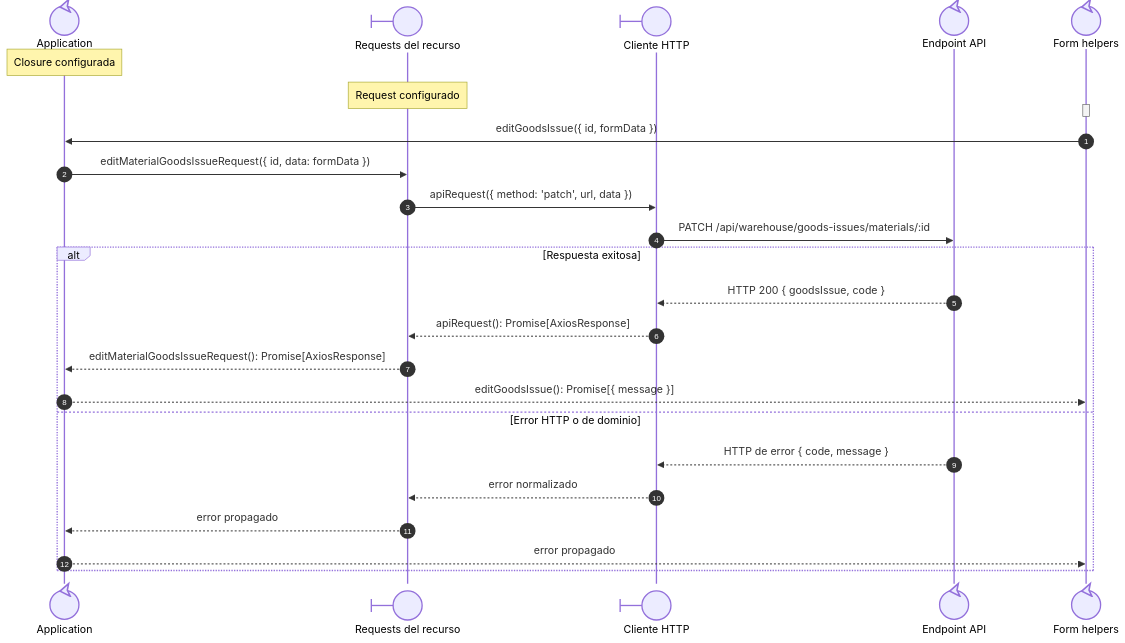
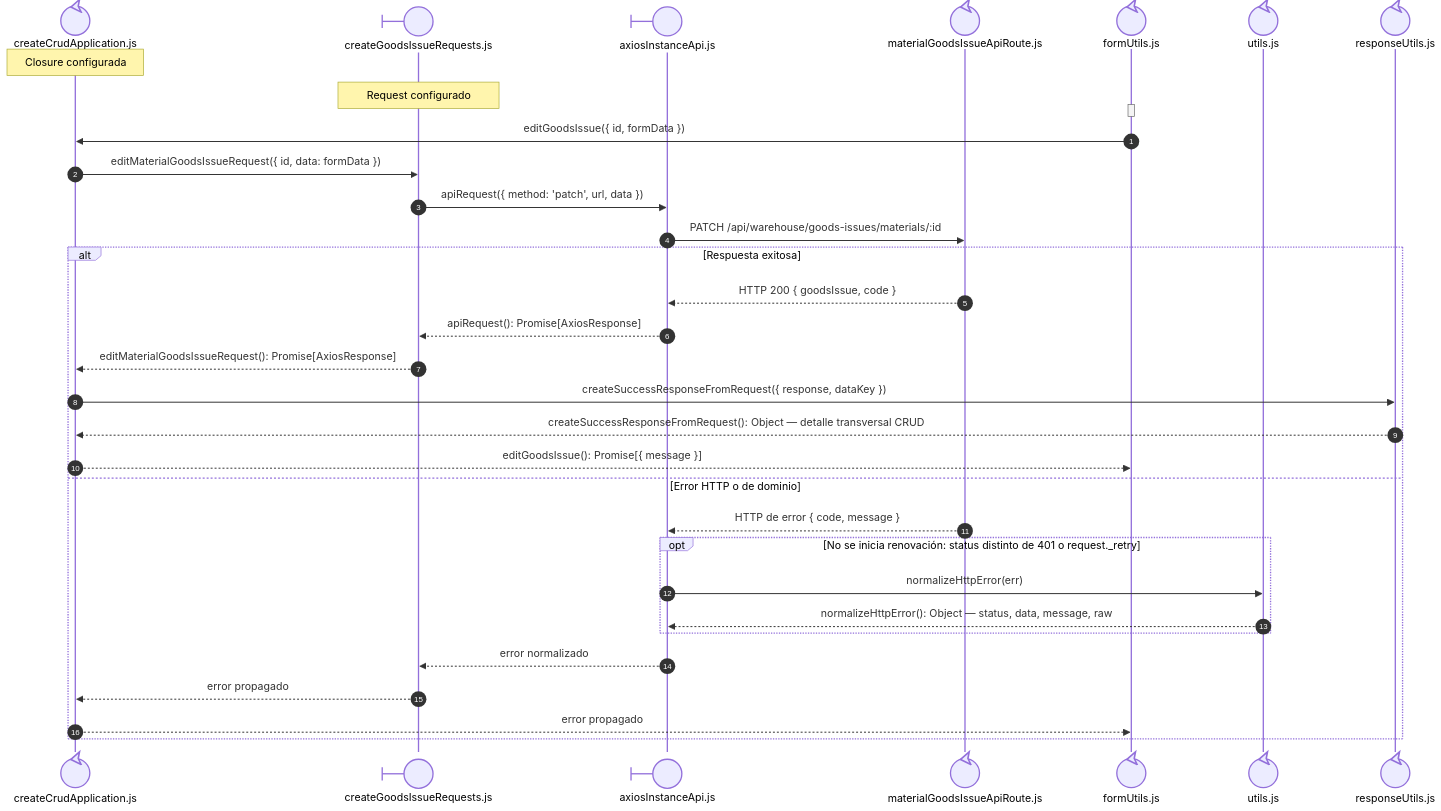
One commit to gpgsistemas01/nexus changed the third of 3 diagrams in docs/architecture/views/processes/frontend-code-sequences/issues/cu-sal-04.md. Above: the diagram before and after it, drawn with Mermaid. The commit also changed other lines of this file and 192 other files, not shown here.

Commit message:
docs: make sequence file ownership explicit and align code flows

````diff
--- a/docs/architecture/views/processes/frontend-code-sequences/issues/cu-sal-04.md
+++ b/docs/architecture/views/processes/frontend-code-sequences/issues/cu-sal-04.md
@@ -86,29 +190,39 @@
 ```mermaid
 sequenceDiagram
     autonumber
-    participant Application@{ "type": "control" } as Application
-    participant Request@{ "type": "boundary" } as Requests del recurso
-    participant HTTP@{ "type": "boundary" } as Cliente HTTP
-    participant Transport@{ "type": "control" } as Endpoint API
-    participant FormUtils@{ "type": "control" } as Form helpers
+    participant Application@{ "type": "control" } as createCrudApplication.js
+    participant Request@{ "type": "boundary" } as createGoodsIssueRequests.js
+    participant HTTP@{ "type": "boundary" } as axiosInstanceApi.js
+    participant Transport@{ "type": "control" } as materialGoodsIssueApiRoute.js
+    participant FormUtils@{ "type": "control" } as formUtils.js
+
+    participant FileUtils@{ "type": "control" } as utils.js
+
+    participant FileResponseUtils@{ "type": "control" } as responseUtils.js
 
     Note over Application: Closure configurada
     Note over Request: Request configurado
     activate FormUtils
     deactivate FormUtils
         FormUtils->>Application: editGoodsIssue({ id, formData })
         Application->>Request: editMaterialGoodsIssueRequest({ id, data: formData })
         Request->>HTTP: apiRequest({ method: 'patch', url, data })
         HTTP->>Transport: PATCH /api/warehouse/goods-issues/materials/:id
         alt Respuesta exitosa
             Transport-->>HTTP: HTTP 200 { goodsIssue, code }
             HTTP-->>Request: apiRequest(): Promise[AxiosResponse]
             Request-->>Application: editMaterialGoodsIssueRequest(): Promise[AxiosResponse]
+            Application->>FileResponseUtils: createSuccessResponseFromRequest({ response, dataKey })
+            FileResponseUtils-->>Application: createSuccessResponseFromRequest(): Object — detalle transversal CRUD
             Application-->>FormUtils: editGoodsIssue(): Promise[{ message }]
         else Error HTTP o de dominio
             Transport-->>HTTP: HTTP de error { code, message }
+            opt No se inicia renovación: status distinto de 401 o request._retry
+                HTTP->>FileUtils: normalizeHttpError(err)
+                FileUtils-->>HTTP: normalizeHttpError(): Object — status, data, message, raw
+            end
             HTTP-->>Request: error normalizado
             Request-->>Application: error propagado
             Application-->>FormUtils: error propagado
     end
 ```
````
